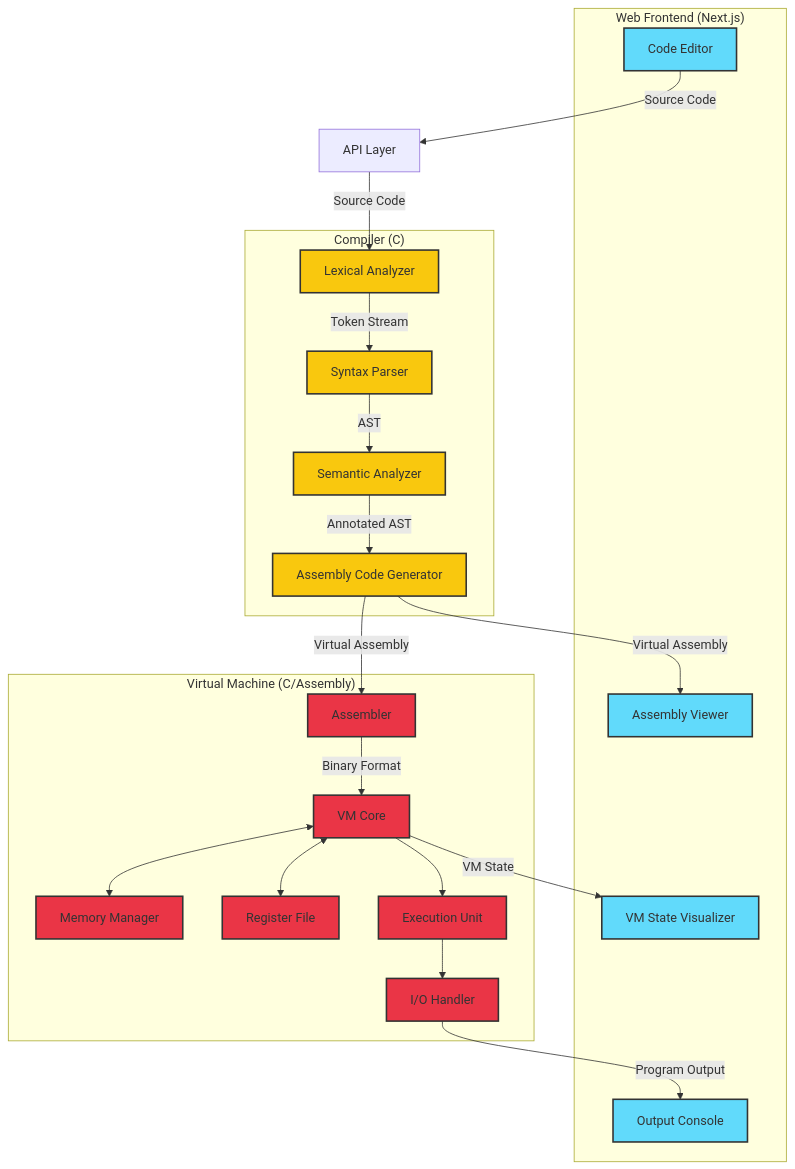
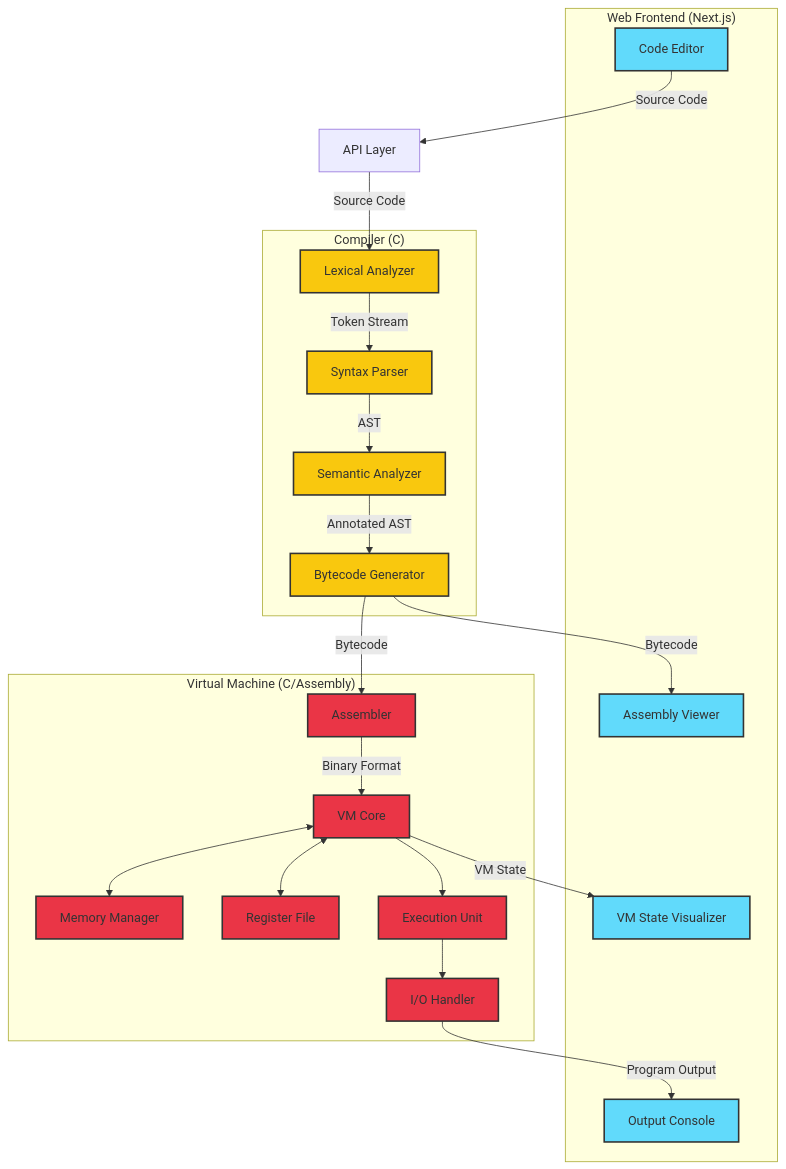
Before and after one commit to 1neskk/SPL: the first of 2 diagrams in README.md, drawn with Mermaid.

````diff
--- a/README.md
+++ b/README.md
@@ -26,49 +26,49 @@
 ```mermaid
 flowchart TB
     subgraph "Web Frontend (Next.js)"
         Editor[Code Editor]
         ASMViewer[Assembly Viewer]
         VMVisualizer[VM State Visualizer]
         Output[Output Console]
     end
     
     subgraph "Compiler (C)"
         Lexer[Lexical Analyzer]
         Parser[Syntax Parser]
         SemanticAnalyzer[Semantic Analyzer]
-        CodeGen[Assembly Code Generator]
+        CodeGen[Bytecode Generator]
     end
     
     subgraph "Virtual Machine (C/Assembly)"
         Assembler[Assembler]
         Core[VM Core]
         Memory[Memory Manager]
         Registers[Register File]
         ExecUnit[Execution Unit]
         IO[I/O Handler]
     end
     
     Editor -->|Source Code| API[API Layer]
     API -->|Source Code| Lexer
     Lexer -->|Token Stream| Parser
     Parser -->|AST| SemanticAnalyzer
     SemanticAnalyzer -->|Annotated AST| CodeGen
-    CodeGen -->|Virtual Assembly| Assembler
-    CodeGen -->|Virtual Assembly| ASMViewer
+    CodeGen -->|Bytecode| Assembler
+    CodeGen -->|Bytecode| ASMViewer
     Assembler -->|Binary Format| Core
     Core <--> Memory
     Core <--> Registers
     Core --> ExecUnit
     ExecUnit --> IO
     
     Core -->|VM State| VMVisualizer
     IO -->|Program Output| Output
     
     classDef nextjs fill:#61DAFB,stroke:#333,stroke-width:2px;
     classDef compiler fill:#F9C80E,stroke:#333,stroke-width:2px;
     classDef vm fill:#EA3546,stroke:#333,stroke-width:2px;
     
     class Editor,ASMViewer,VMVisualizer,Output nextjs;
     class Lexer,Parser,SemanticAnalyzer,CodeGen compiler;
     class Assembler,Core,Memory,Registers,ExecUnit,IO vm;
 ```
````
